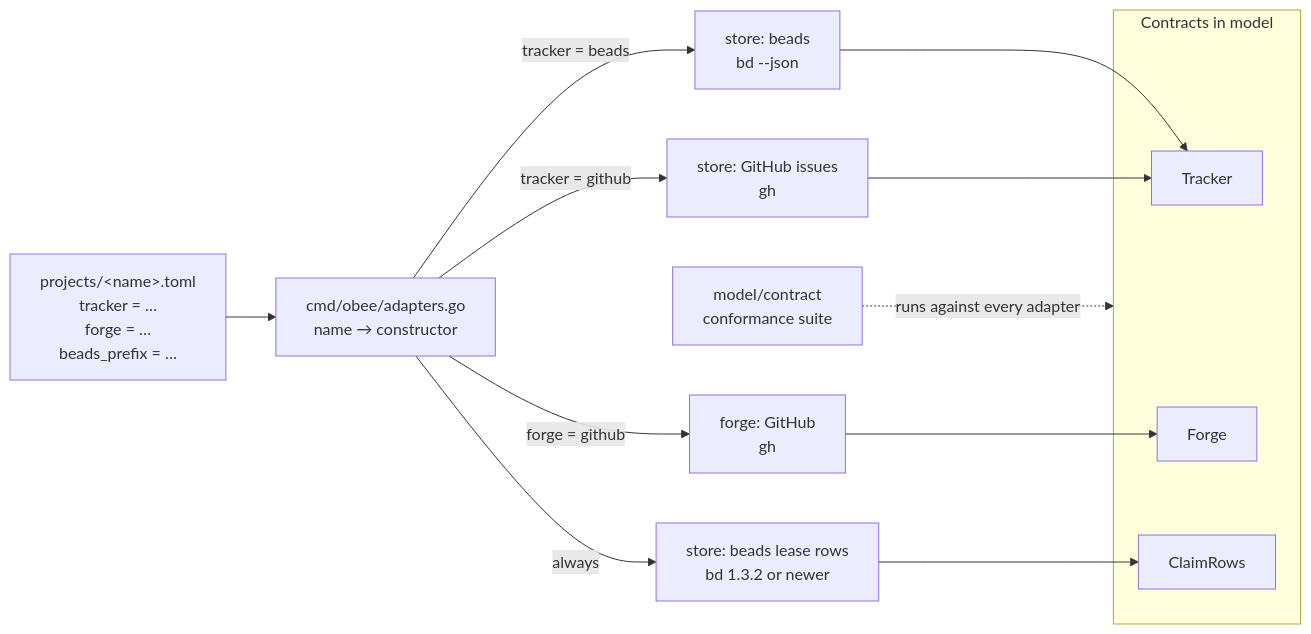
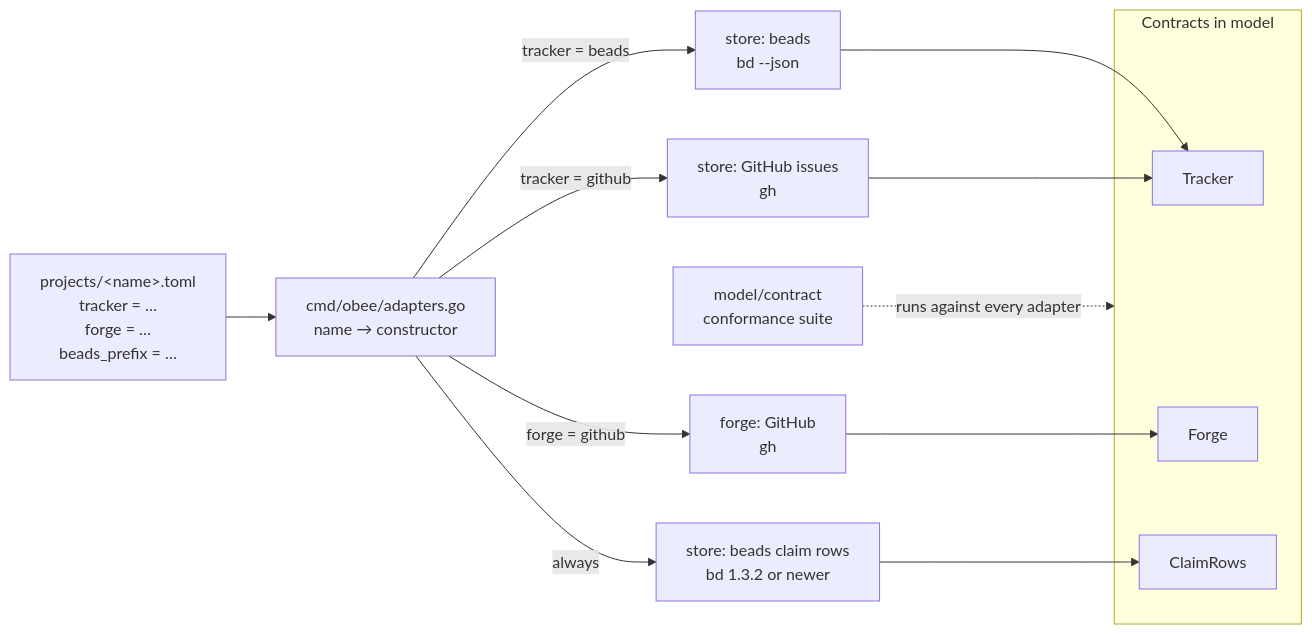
Before and after one commit to tobocop2/beehave: the second of 3 diagrams in docs/architecture.md, drawn with Mermaid. The commit also changed other lines of this file and 47 other files, not shown here.

````diff
--- a/docs/architecture.md
+++ b/docs/architecture.md
@@ -91,29 +91,29 @@
 ```mermaid
 flowchart LR
     project["projects/&lt;name&gt;.toml<br/>tracker = …<br/>forge = …<br/>beads_prefix = …"]
     table["cmd/obee/adapters.go<br/>name → constructor"]
 
     subgraph contracts["Contracts in model"]
         Tracker
         Forge
         ClaimRows
     end
 
     beads["store: beads<br/>bd --json"]
     ghissues["store: GitHub issues<br/>gh"]
     github["forge: GitHub<br/>gh"]
-    lease["store: beads lease rows<br/>bd 1.3.2 or newer"]
+    lease["store: beads claim rows<br/>bd 1.3.2 or newer"]
 
     project --> table
     table -- "tracker = beads" --> beads
     table -- "tracker = github" --> ghissues
     table -- "forge = github" --> github
     table -- "always" --> lease
 
     beads --> Tracker
     ghissues --> Tracker
     github --> Forge
     lease --> ClaimRows
 
     suite["model/contract<br/>conformance suite"] -. "runs against every adapter" .-> contracts
 ```
````
